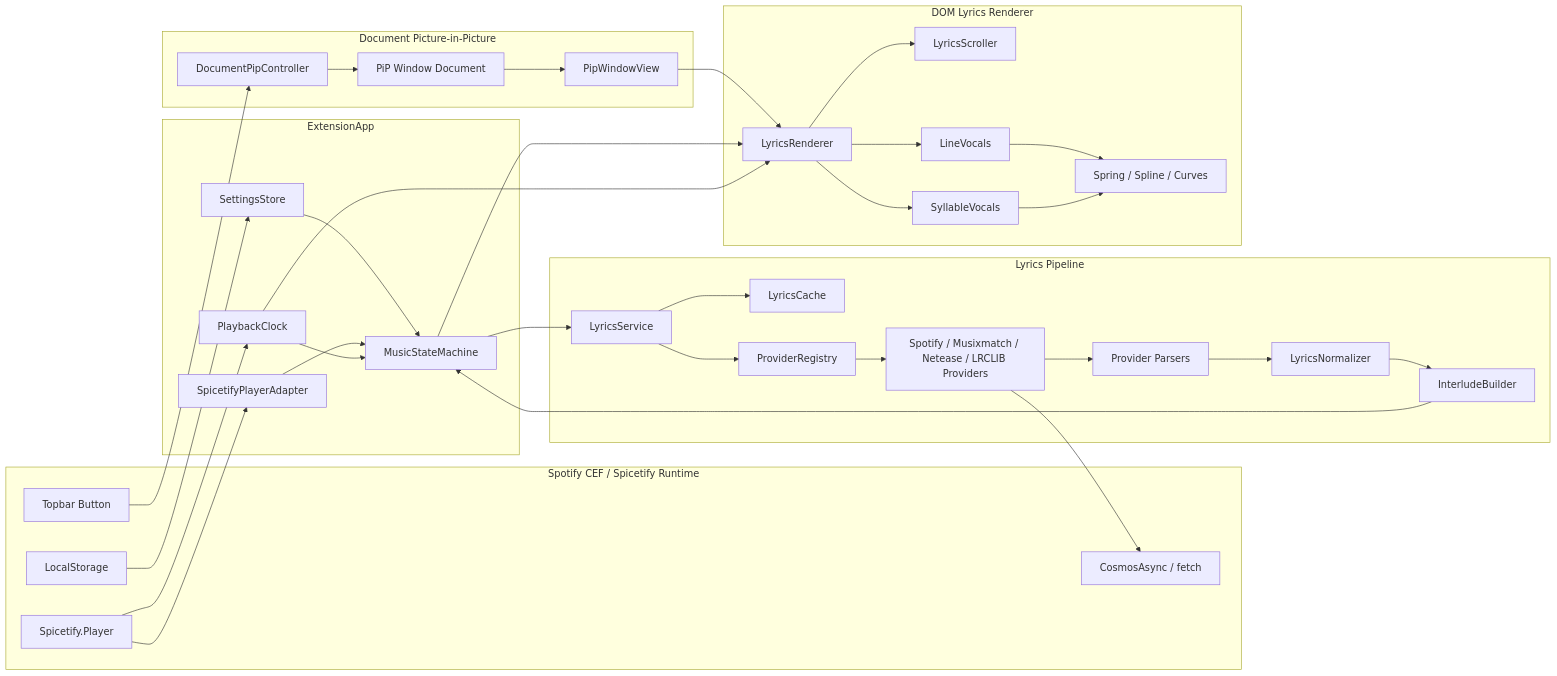
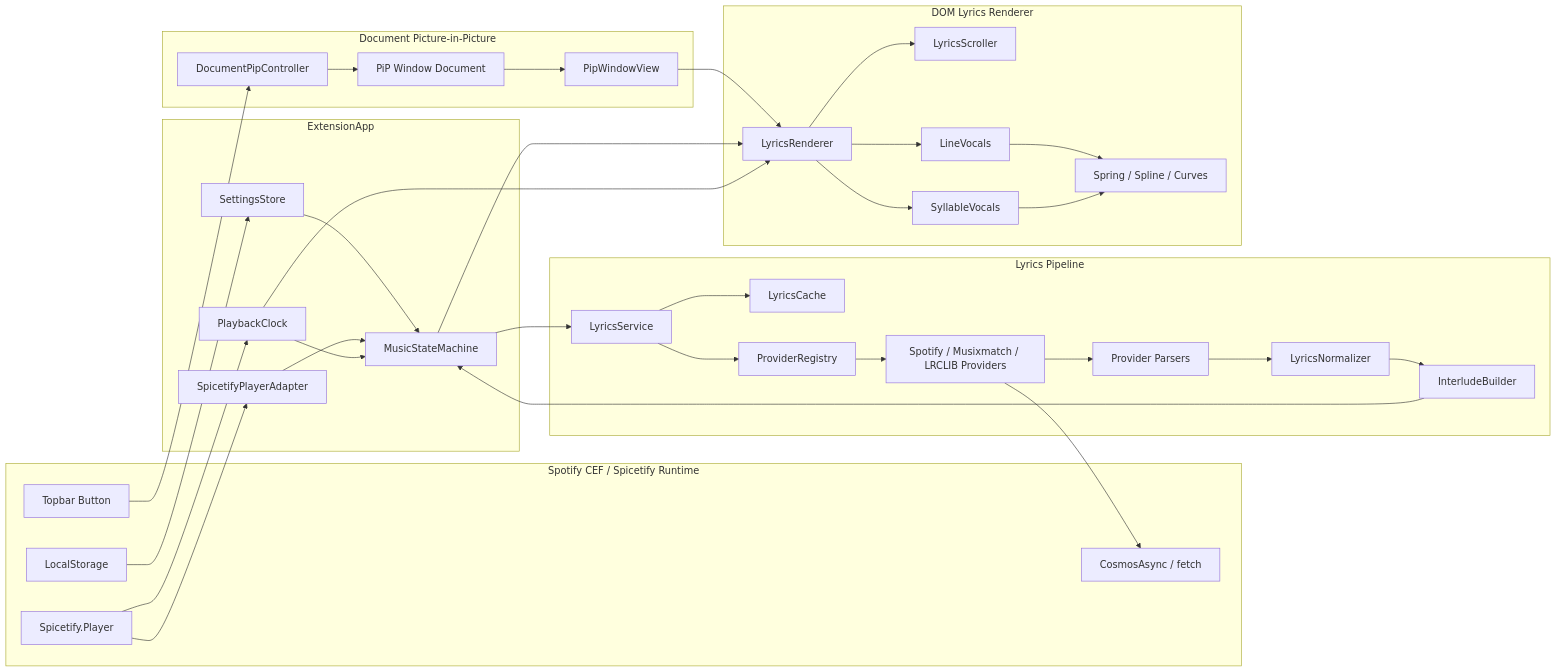
The first of 2 diagrams in docs/aura-lyrics-extension-design.md (SayBGM/AuraLyrics), drawn with Mermaid before and after one commit. The commit also changed other lines of this file and 40 other files, not shown here.

````diff
--- a/docs/aura-lyrics-extension-design.md
+++ b/docs/aura-lyrics-extension-design.md
@@ -104,70 +103,70 @@
 ```mermaid
 flowchart LR
   subgraph Spotify["Spotify CEF / Spicetify Runtime"]
     Player["Spicetify.Player"]
     Cosmos["CosmosAsync / fetch"]
     Storage["LocalStorage"]
     Topbar["Topbar Button"]
   end
 
   subgraph App["ExtensionApp"]
     State["MusicStateMachine"]
     Clock["PlaybackClock"]
     Settings["SettingsStore"]
     Track["SpicetifyPlayerAdapter"]
   end
 
   subgraph Lyrics["Lyrics Pipeline"]
     Service["LyricsService"]
     Cache["LyricsCache"]
     Registry["ProviderRegistry"]
-    Providers["Spotify / Musixmatch / Netease / LRCLIB Providers"]
+    Providers["Spotify / Musixmatch / LRCLIB Providers"]
     Parsers["Provider Parsers"]
     Normalize["LyricsNormalizer"]
     Interlude["InterludeBuilder"]
   end
 
   subgraph PiP["Document Picture-in-Picture"]
     PipController["DocumentPipController"]
     PipWindow["PiP Window Document"]
     PipView["PipWindowView"]
   end
 
   subgraph Renderer["DOM Lyrics Renderer"]
     LyricsRenderer["LyricsRenderer"]
     Scroller["LyricsScroller"]
     Line["LineVocals"]
     Syllable["SyllableVocals"]
     Spring["Spring / Spline / Curves"]
   end
 
   Topbar --> PipController
   PipController --> PipWindow
   PipWindow --> PipView
   PipView --> LyricsRenderer
 
   Player --> Track
   Player --> Clock
   Storage --> Settings
   Settings --> State
   Track --> State
   Clock --> State
 
   State --> Service
   Service --> Cache
   Service --> Registry
   Registry --> Providers
   Providers --> Cosmos
   Providers --> Parsers
   Parsers --> Normalize
   Normalize --> Interlude
   Interlude --> State
 
   State --> LyricsRenderer
   Clock --> LyricsRenderer
   LyricsRenderer --> Scroller
   LyricsRenderer --> Line
   LyricsRenderer --> Syllable
   Line --> Spring
   Syllable --> Spring
 ```
````
